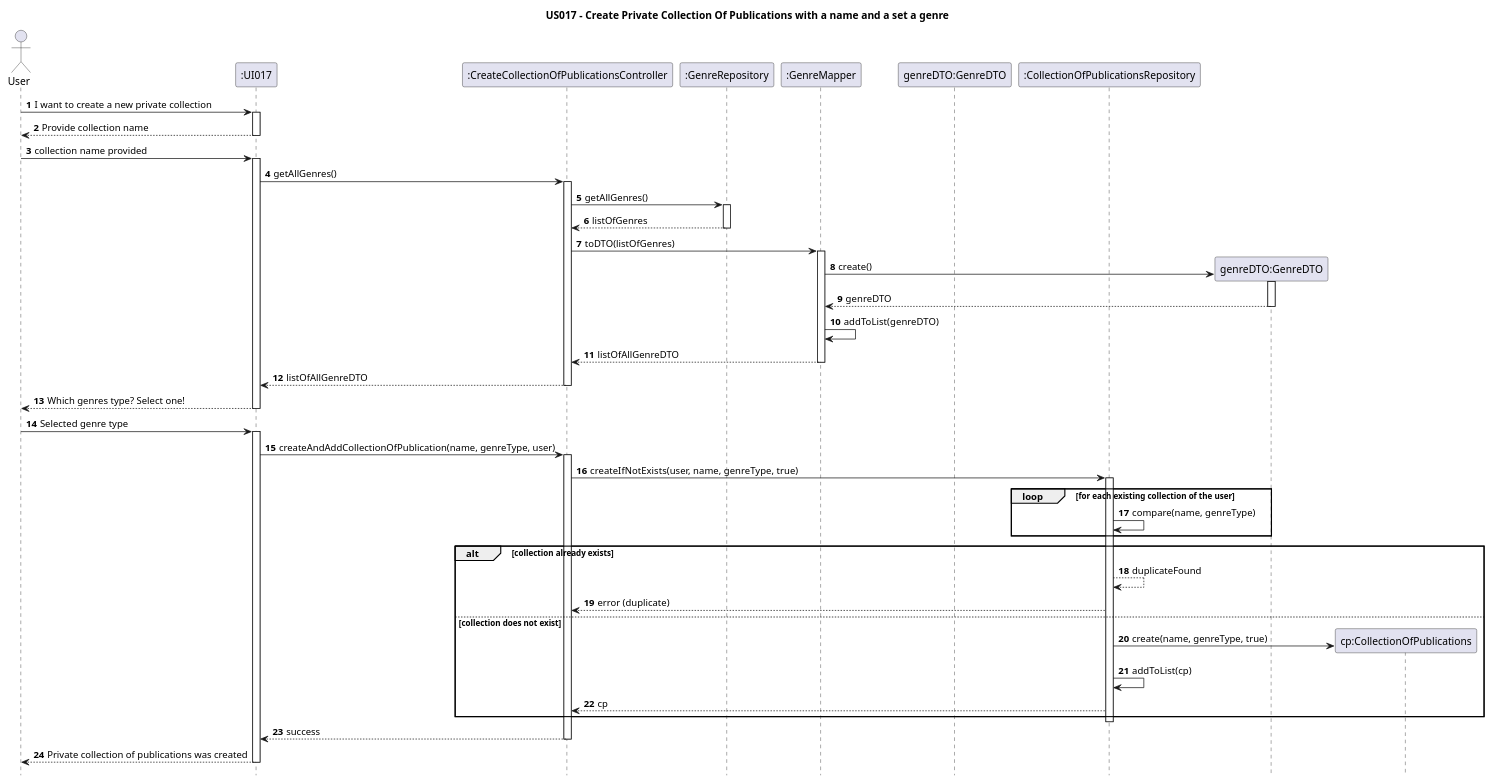
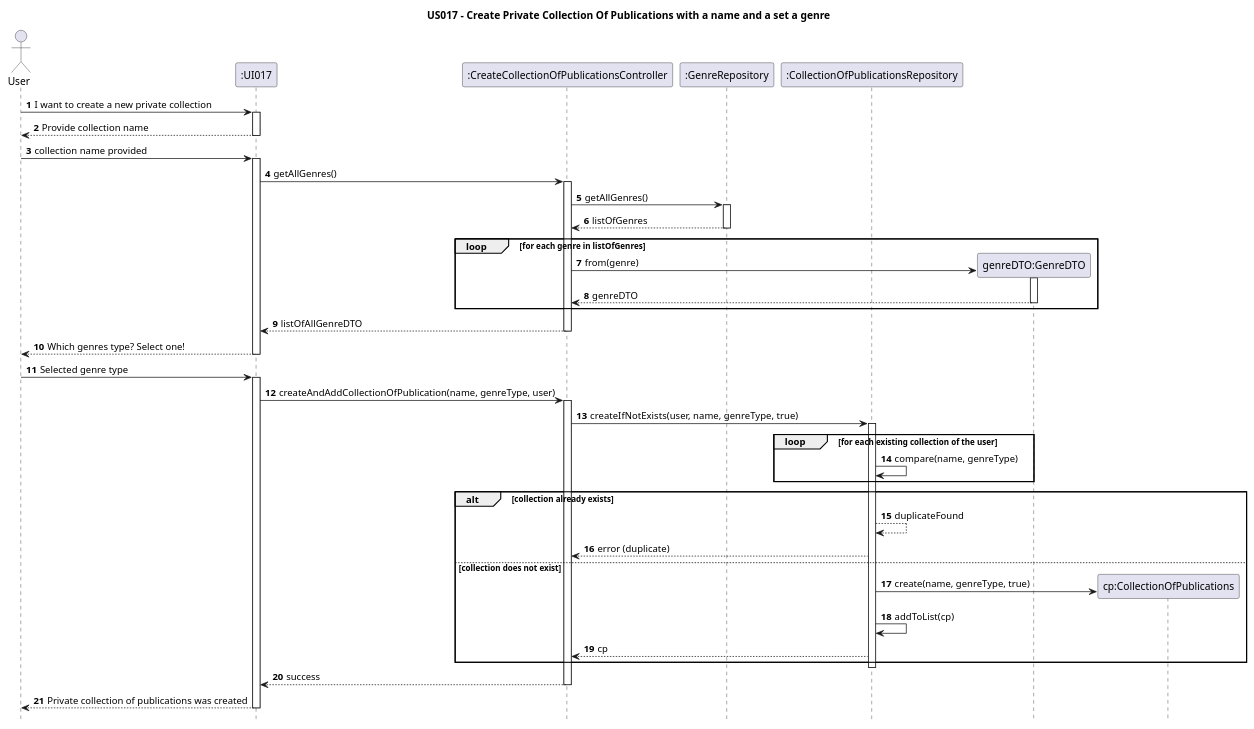
Before and after one commit to AndrePereiraGitH/SWitCH-Project-Team_A: the diagram in Diagrams/SequenceDiagrams/N2/US017-to-create-private-publication-list.puml, drawn with PlantUML. The commit also changed other lines of this file and 1 other file, not shown here.

Commit message:
Working on #143, updated SD and CD to reflect new design (removed GenreMapper, GenreDTO now holds conversion logic)

```diff
--- a/Diagrams/SequenceDiagrams/N2/US017-to-create-private-publication-list.puml
+++ b/Diagrams/SequenceDiagrams/N2/US017-to-create-private-publication-list.puml
@@ -1,92 +1,76 @@
 @startuml
 hide footbox
 autonumber
 
 title US017 - Create Private Collection Of Publications with a name and a set a genre
 
 actor "User" as User
 participant ":UI017" as UI
 participant ":CreateCollectionOfPublicationsController" as Controller
 participant ":GenreRepository" as GenreRepository
-participant ":GenreMapper" as GenreMapper
-participant "genreDTO:GenreDTO" as GenreDTO
 participant ":CollectionOfPublicationsRepository" as CollectionRepository
 
-'_____
 User -> UI : I want to create a new private collection
 activate UI
 
 UI --> User : Provide collection name
 deactivate UI
 User -> UI : collection name provided
 activate UI
-'______
 
 UI -> Controller : getAllGenres()
 activate Controller
 
 Controller -> GenreRepository : getAllGenres()
 activate GenreRepository
 GenreRepository --> Controller : listOfGenres
 deactivate GenreRepository
 
-Controller -> GenreMapper: toDTO(listOfGenres)
-activate GenreMapper
-GenreMapper -> "genreDTO:GenreDTO" ** : create()
-activate "genreDTO:GenreDTO"
-"genreDTO:GenreDTO" --> GenreMapper : genreDTO
-deactivate "genreDTO:GenreDTO"
-
-/'
-activate GenreDTO
-/'
-GenreDTO --> GenreMapper: genreDTO
-
-deactivate GenreDTO
-'/
-GenreMapper -> GenreMapper : addToList(genreDTO)
-GenreMapper --> Controller: listOfAllGenreDTO
-deactivate GenreMapper
+loop for each genre in listOfGenres
+    create "genreDTO:GenreDTO"
+    Controller -> "genreDTO:GenreDTO" : from(genre)
+    activate "genreDTO:GenreDTO"
+    "genreDTO:GenreDTO" --> Controller : genreDTO
+    deactivate "genreDTO:GenreDTO"
+end
 
 Controller --> UI : listOfAllGenreDTO
 deactivate Controller
 
 UI --> User : Which genres type? Select one!
 deactivate UI
 
 User -> UI : Selected genre type
 activate UI
-'______
-
 
 UI -> Controller : createAndAddCollectionOfPublication(name, genreType, user)
 activate Controller
 
 Controller -> CollectionRepository : createIfNotExists(user, name, genreType, true)
 activate CollectionRepository
 
 loop for each existing collection of the user
     CollectionRepository -> CollectionRepository : compare(name, genreType)
 end
 
 alt collection already exists
-    CollectionRepository --> CollectionRepository  : duplicateFound
-        CollectionRepository --> Controller : error (duplicate)
+    CollectionRepository --> CollectionRepository : duplicateFound
+    CollectionRepository --> Controller : error (duplicate)
 
 else collection does not exist
     create "cp:CollectionOfPublications"
     CollectionRepository -> "cp:CollectionOfPublications" : create(name, genreType, true)
     CollectionRepository -> CollectionRepository : addToList(cp)
     CollectionRepository --> Controller : cp
 
 end
 
 deactivate CollectionRepository
 
 Controller --> UI : success
 deactivate Controller
 
 UI --> User : Private collection of publications was created
 deactivate UI
 
 @enduml
```
